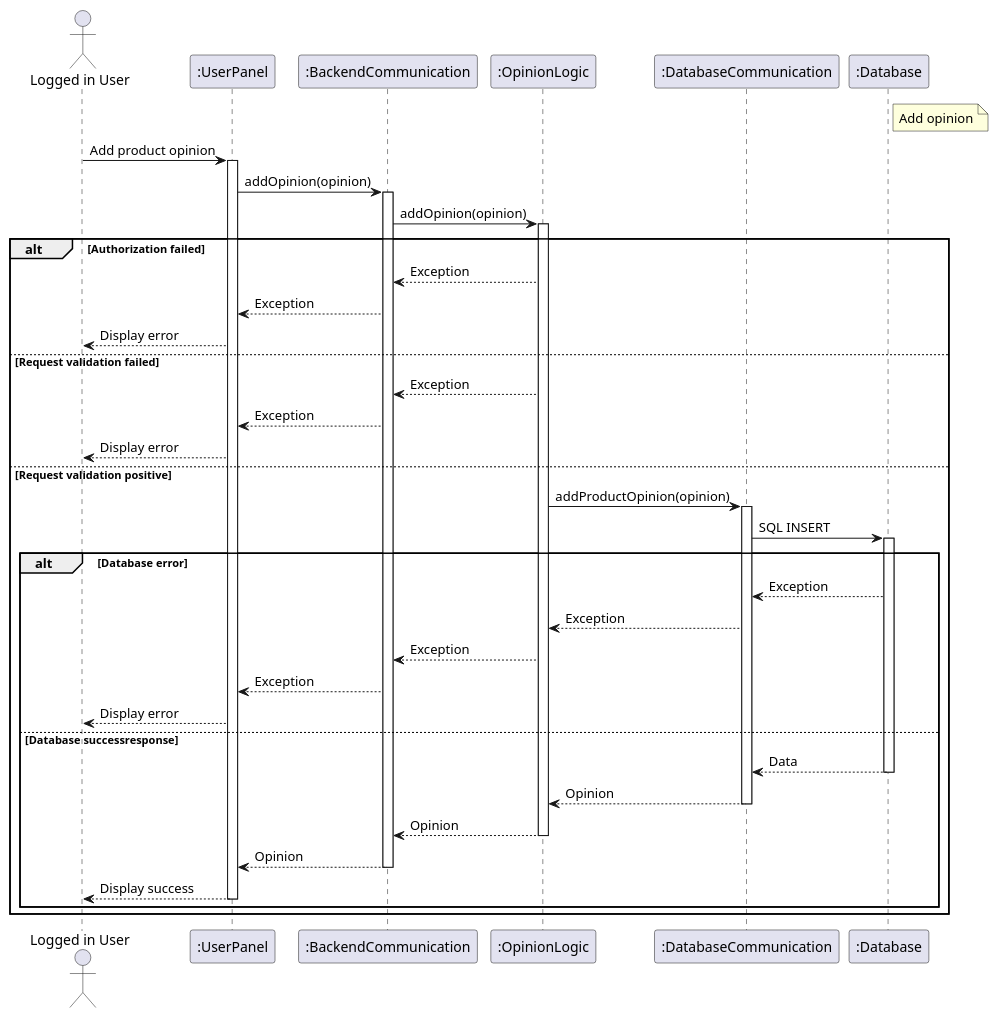
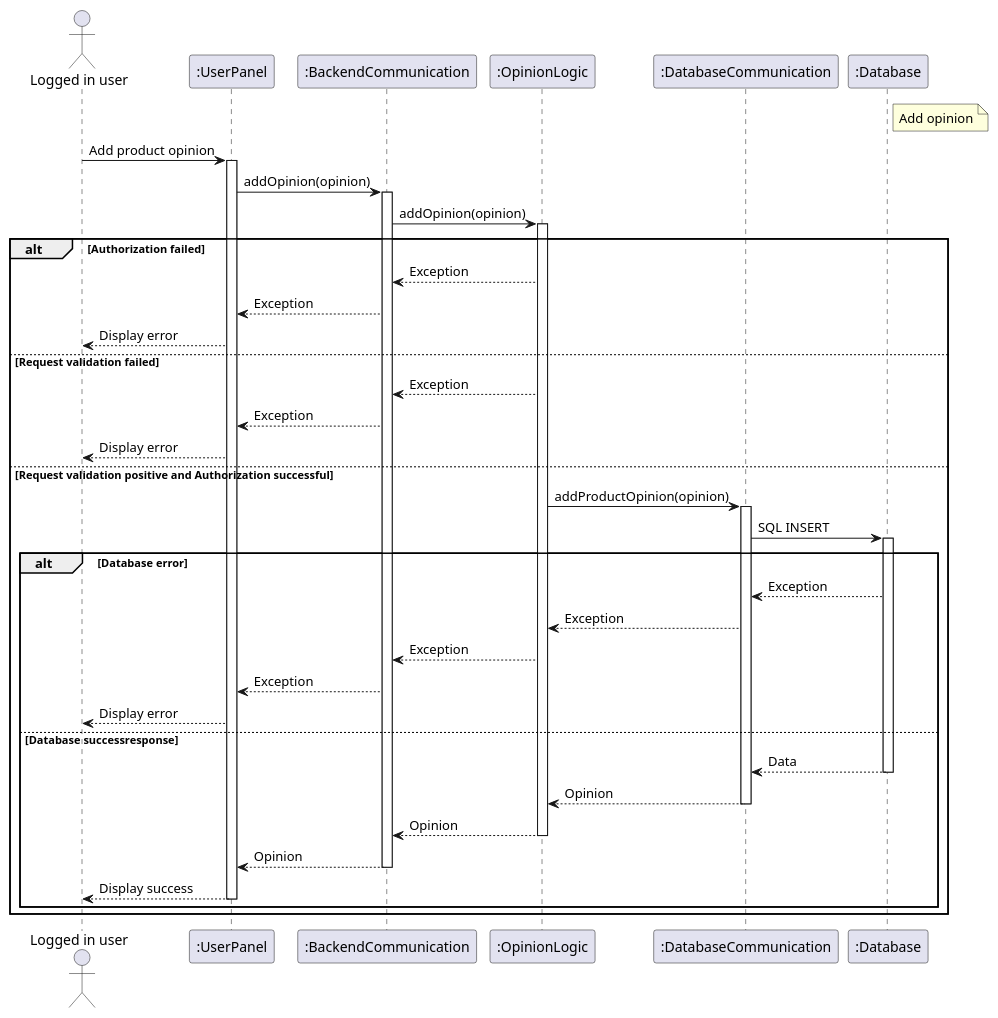
Before and after one commit to RadekBucki/OpinionCollectorArchitecture: the third of 7 diagrams in WholeApplicationFlowDiagrams.md, drawn with PlantUML. The commit also changed other lines of this file, not shown here.

Commit message:
Flow diagrams actor and alt changes

````diff
--- a/WholeApplicationFlowDiagrams.md
+++ b/WholeApplicationFlowDiagrams.md
@@ -76,55 +76,55 @@
 ```plantuml
 ```plantuml
 @startuml
     note right of ":Database"
         Add opinion
     endnote
     
-    actor       "Logged in User" as User
+    actor       "Logged in user" as User
     participant ":UserPanel"             as UserFE
     participant ":BackendCommunication"  as BeComm
     participant ":OpinionLogic"          as Opinion
     participant ":DatabaseCommunication" as DbComm
     participant ":Database"
     
     User    -> UserFE              : Add product opinion
     activate UserFE
     UserFE  -> BeComm              : addOpinion(opinion)
     activate BeComm
     BeComm  -> Opinion             : addOpinion(opinion)
     activate Opinion
     alt Authorization failed
         Opinion --> BeComm         : Exception
         BeComm --> UserFE          : Exception
         UserFE --> User            : Display error
     else Request validation failed
         Opinion --> BeComm         : Exception
         BeComm --> UserFE          : Exception
         UserFE --> User            : Display error
-    else Request validation positive
+    else Request validation positive and Authorization successful
         Opinion -> DbComm          : addProductOpinion(opinion)
         activate DbComm
         DbComm  -> ":Database"     : SQL INSERT
         activate ":Database"
         alt Database error
             ":Database" --> DbComm : Exception
             DbComm --> Opinion     : Exception
             Opinion --> BeComm     : Exception
             BeComm --> UserFE      : Exception
             UserFE --> User        : Display error
         else Database successresponse
             ":Database" --> DbComm : Data
             deactivate ":Database"
             DbComm --> Opinion     : Opinion
             deactivate DbComm
             Opinion --> BeComm     : Opinion
             deactivate Opinion
             BeComm --> UserFE      : Opinion
             deactivate BeComm
             UserFE --> User        : Display success
             deactivate UserFE
         end
     end
     
 @enduml
 ```
````
